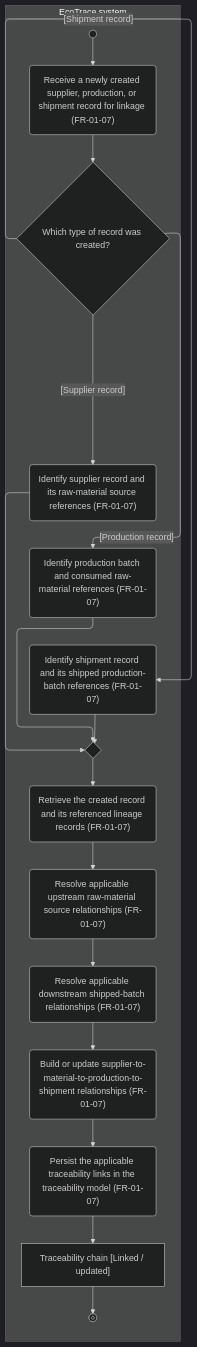
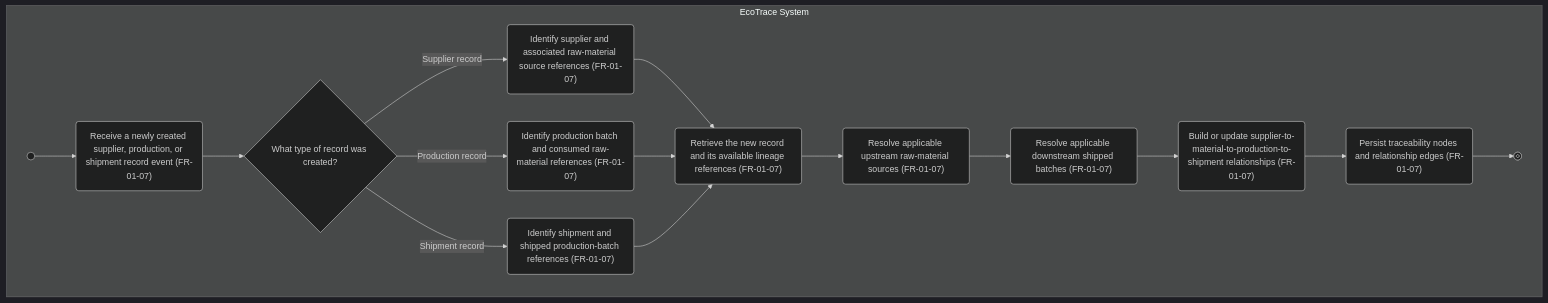
The diagram in docs/activity/AD-UC-06.md (vankhanhnh-bag/DBIZ2-GroupB-HPDQ-CBAM-system), drawn with Mermaid (dark theme) before and after one commit.

````diff
--- a/docs/activity/AD-UC-06.md
+++ b/docs/activity/AD-UC-06.md
@@ -23,25 +23,26 @@
 ```mermaid
-swimlane-beta TB
-  subgraph SYS["EcoTrace system"]
-    start@{ shape: sm-circ }
-    s1("Receive a newly created supplier, production, or shipment record for linkage (FR-01-07)")
-    d1{"Which type of record was created?"}
-    s2("Identify supplier record and its raw-material source references (FR-01-07)")
+flowchart TB
+  subgraph SYS["EcoTrace System"]
+    start1@{ shape: sm-circ }
+    s1("Receive a newly created supplier, production, or shipment record event (FR-01-07)")
+    d1{"What type of record was created?"}
+    s2("Identify supplier and associated raw-material source references (FR-01-07)")
     s3("Identify production batch and consumed raw-material references (FR-01-07)")
-    s4("Identify shipment record and its shipped production-batch references (FR-01-07)")
-    m1{" "}
-    s5("Retrieve the created record and its referenced lineage records (FR-01-07)")
-    s6("Resolve applicable upstream raw-material source relationships (FR-01-07)")
-    s7("Resolve applicable downstream shipped-batch relationships (FR-01-07)")
+    s4("Identify shipment and shipped production-batch references (FR-01-07)")
+    s5("Retrieve the new record and its available lineage references (FR-01-07)")
+    s6("Resolve applicable upstream raw-material sources (FR-01-07)")
+    s7("Resolve applicable downstream shipped batches (FR-01-07)")
     s8("Build or update supplier-to-material-to-production-to-shipment relationships (FR-01-07)")
-    s9("Persist the applicable traceability links in the traceability model (FR-01-07)")
-    o1["Traceability chain [Linked / updated]"]
-    stop@{ shape: fr-circ }
+    s9("Persist traceability nodes and relationship edges (FR-01-07)")
+    stop1@{ shape: fr-circ }
 
-    start --> s1 --> d1
-    d1 -->|"[Supplier record]"| s2 --> m1
-    d1 -->|"[Production record]"| s3 --> m1
-    d1 -->|"[Shipment record]"| s4 --> m1
-    m1 --> s5 --> s6 --> s7 --> s8 --> s9 --> o1 --> stop
+    start1 --> s1 --> d1
+    d1 -->|"Supplier record"| s2
+    d1 -->|"Production record"| s3
+    d1 -->|"Shipment record"| s4
+    s2 --> s5
+    s3 --> s5
+    s4 --> s5
+    s5 --> s6 --> s7 --> s8 --> s9 --> stop1
   end
 ```
````
